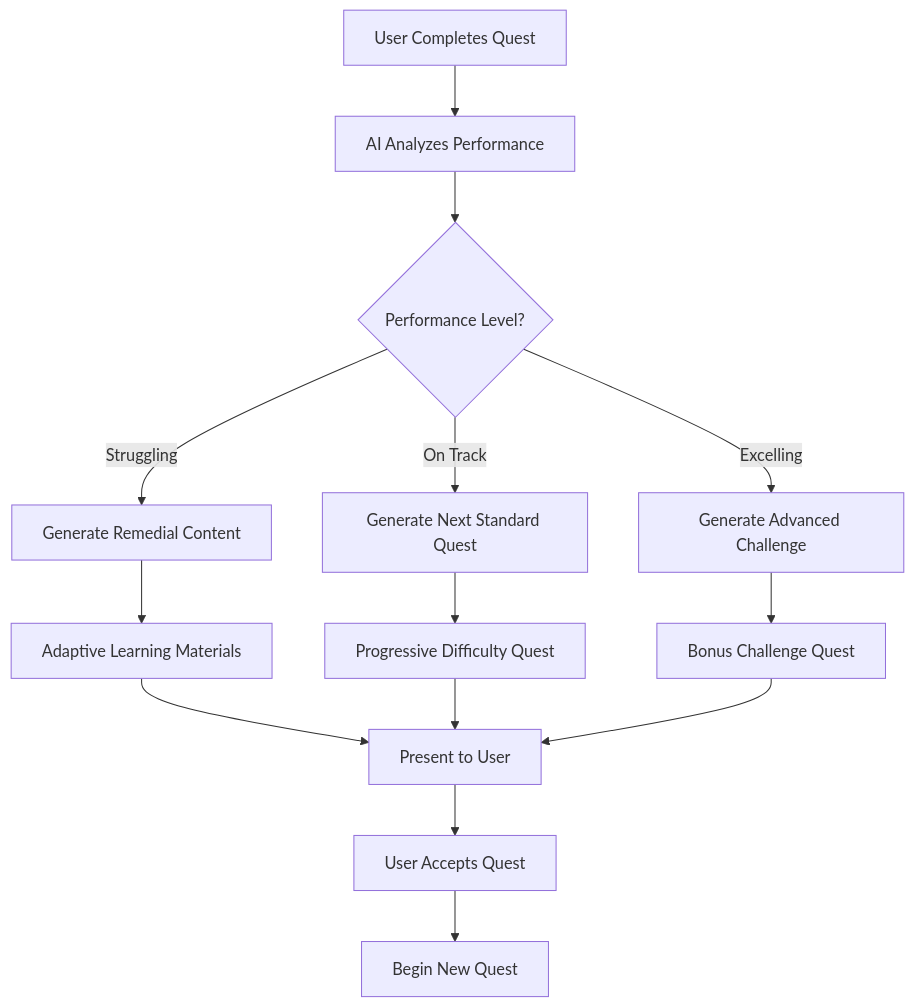
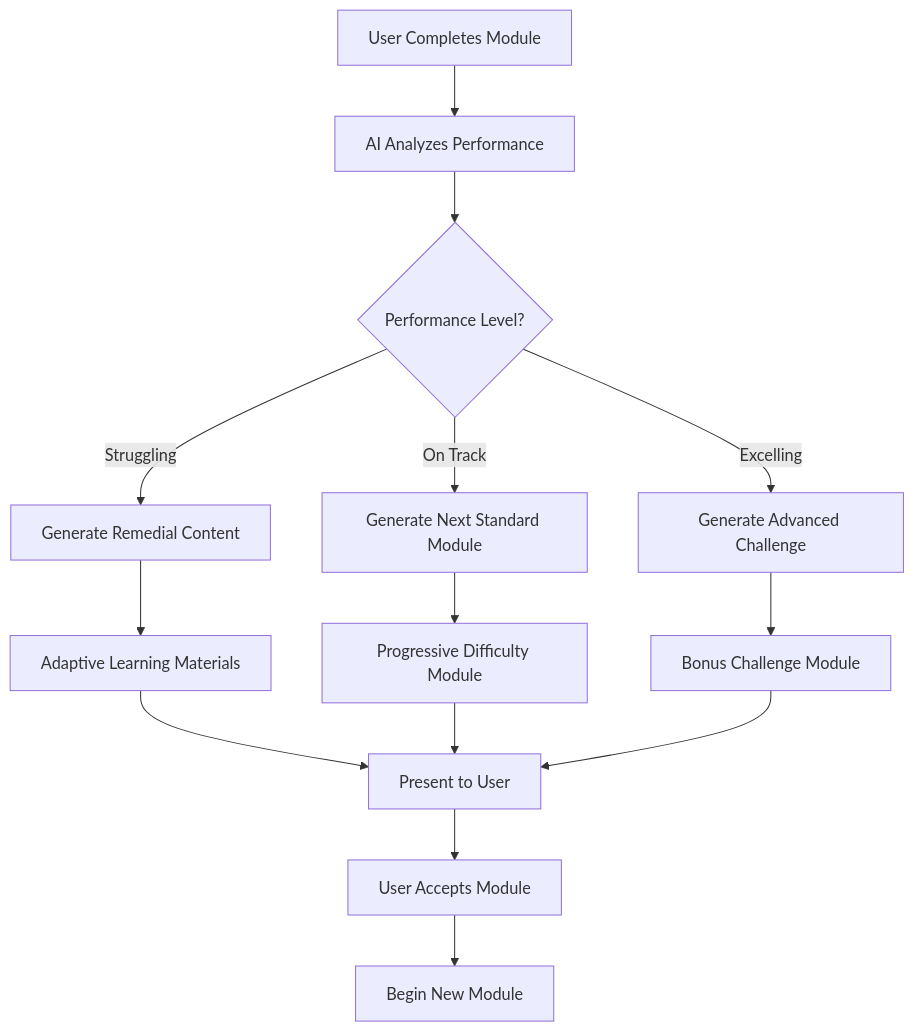
One commit to FA25SE050-RogueLearn/RogueLearn.BMAD.Documentation changed the third of 16 diagrams in docs/front-end-spec/user-flows-wireframes.md. Above: the diagram before and after it, drawn with Mermaid. The commit also changed other lines of this file and 14 other files, not shown here.

````diff
--- a/docs/front-end-spec/user-flows-wireframes.md
+++ b/docs/front-end-spec/user-flows-wireframes.md
@@ -69,20 +69,20 @@
 ```mermaid
 graph TD
-    A[User Completes Quest] --> B[AI Analyzes Performance]
+    A[User Completes Module] --> B[AI Analyzes Performance]
     B --> C{Performance Level?}
     
     C -->|Struggling| D[Generate Remedial Content]
-    C -->|On Track| E[Generate Next Standard Quest]
+    C -->|On Track| E[Generate Next Standard Module]
     C -->|Excelling| F[Generate Advanced Challenge]
     
     D --> G[Adaptive Learning Materials]
-    E --> H[Progressive Difficulty Quest]
-    F --> I[Bonus Challenge Quest]
+    E --> H[Progressive Difficulty Module]
+    F --> I[Bonus Challenge Module]
     
     G --> J[Present to User]
     H --> J
     I --> J
     
-    J --> K[User Accepts Quest]
-    K --> L[Begin New Quest]
+    J --> K[User Accepts Module]
+    K --> L[Begin New Module]
 ```
````
